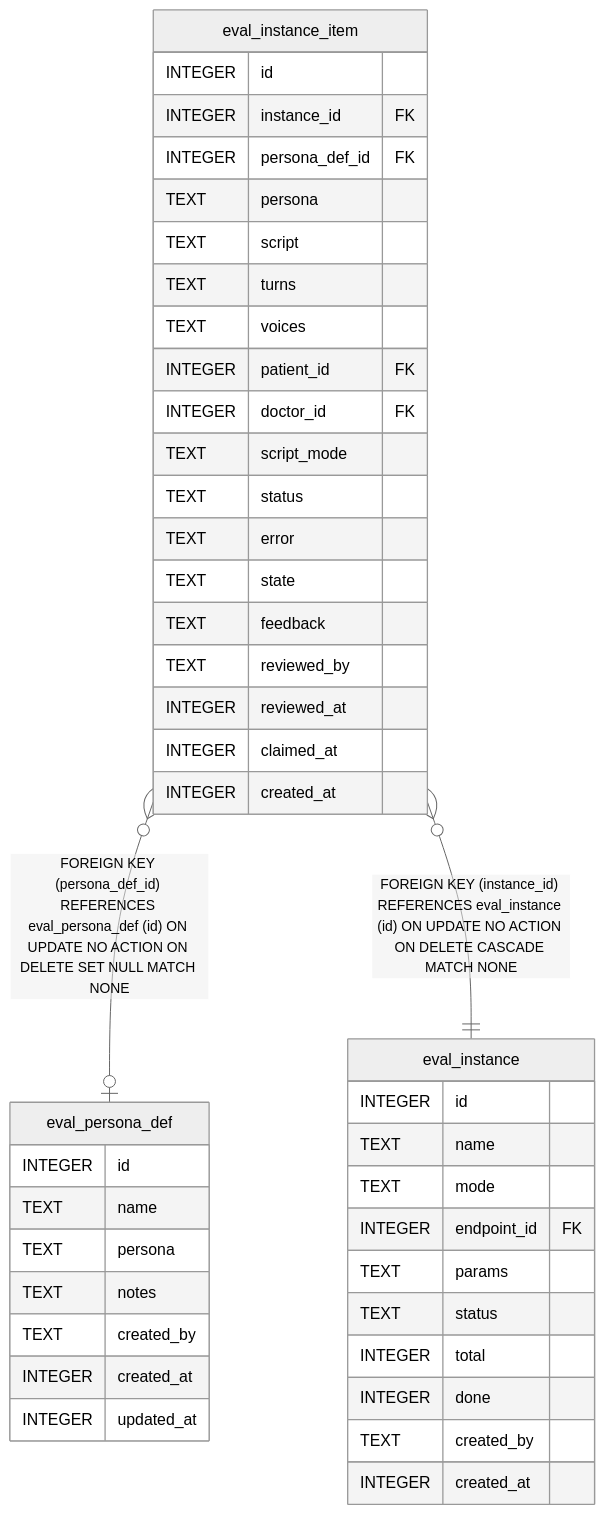
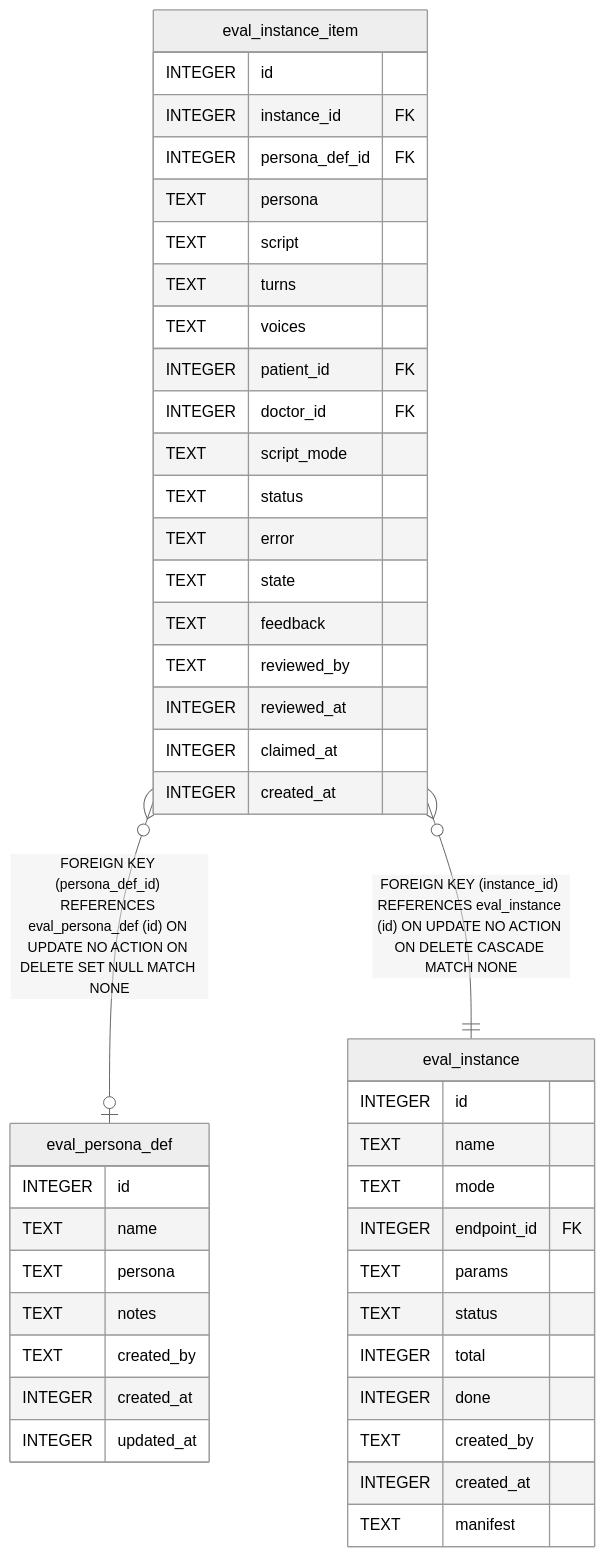
The diagram in content/docs/pt-BR/developers/plugins/eval-persona/reference/schema.mmd (ktbhealth/docs), drawn with Mermaid (neutral theme) before and after one commit. The commit also changed 23 other files, not shown here.

First line of the commit message:
docs(erd): eval_run_record + consultations synthetic/eval_item_id (product main)

```diff
--- a/content/docs/pt-BR/developers/plugins/eval-persona/reference/schema.mmd
+++ b/content/docs/pt-BR/developers/plugins/eval-persona/reference/schema.mmd
@@ -1,46 +1,47 @@
 erDiagram
 
 "eval_instance_item" }o--o| "eval_persona_def" : "FOREIGN KEY (persona_def_id) REFERENCES eval_persona_def (id) ON UPDATE NO ACTION ON DELETE SET NULL MATCH NONE"
 "eval_instance_item" }o--|| "eval_instance" : "FOREIGN KEY (instance_id) REFERENCES eval_instance (id) ON UPDATE NO ACTION ON DELETE CASCADE MATCH NONE"
 
 "eval_persona_def" {
   INTEGER id
   TEXT name
   TEXT persona
   TEXT notes
   TEXT created_by
   INTEGER created_at
   INTEGER updated_at
 }
 "eval_instance" {
   INTEGER id
   TEXT name
   TEXT mode
   INTEGER endpoint_id FK
   TEXT params
   TEXT status
   INTEGER total
   INTEGER done
   TEXT created_by
   INTEGER created_at
+  TEXT manifest
 }
 "eval_instance_item" {
   INTEGER id
   INTEGER instance_id FK
   INTEGER persona_def_id FK
   TEXT persona
   TEXT script
   TEXT turns
   TEXT voices
   INTEGER patient_id FK
   INTEGER doctor_id FK
   TEXT script_mode
   TEXT status
   TEXT error
   TEXT state
   TEXT feedback
   TEXT reviewed_by
   INTEGER reviewed_at
   INTEGER claimed_at
   INTEGER created_at
 }
```
